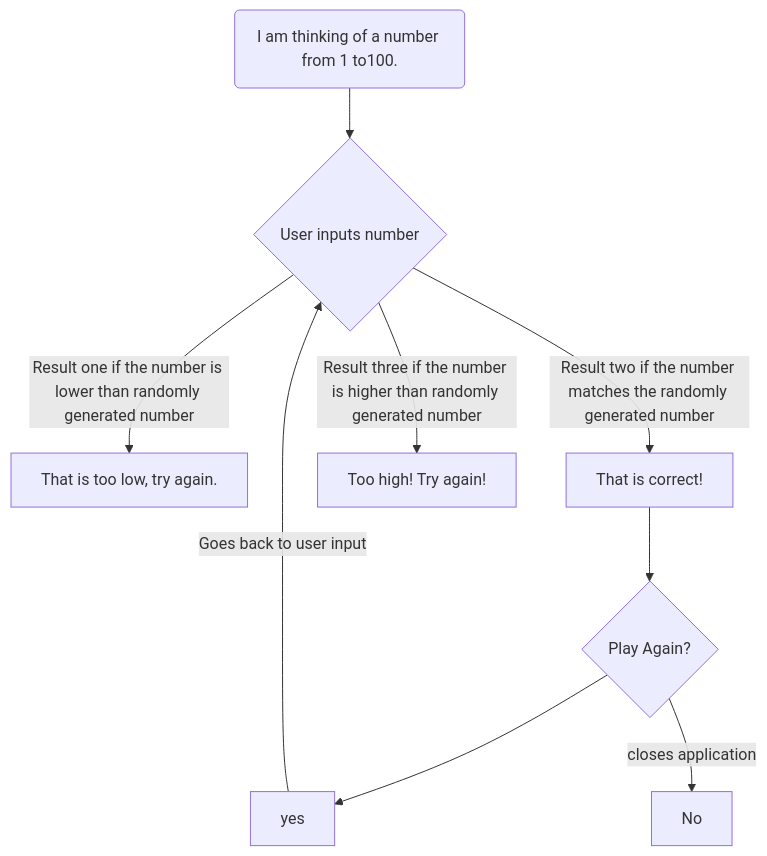
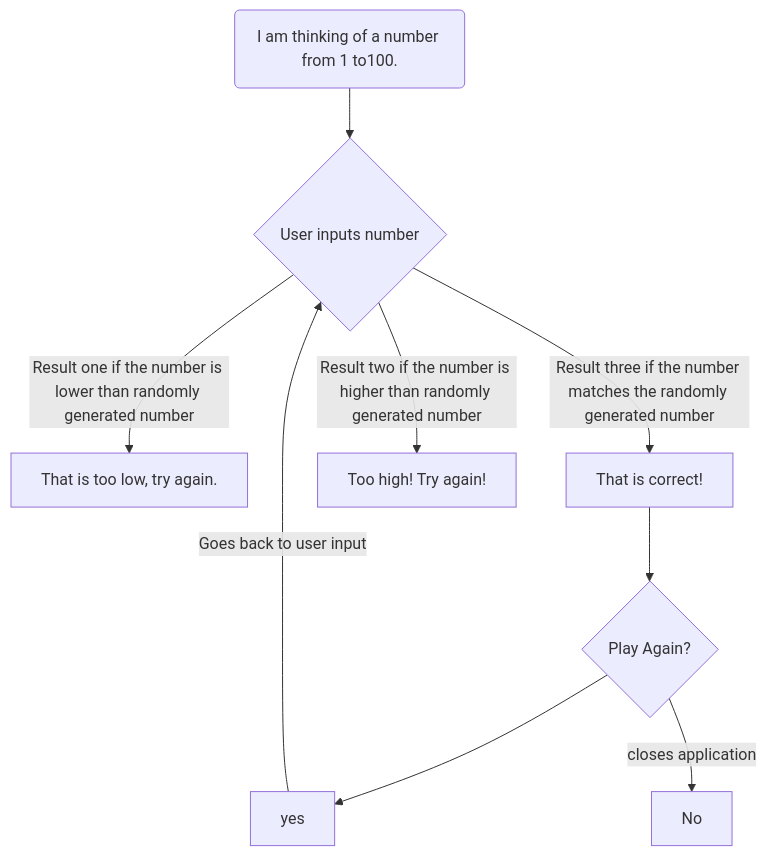
The diagram in Guessing.md (Troyboyce41/troyboyce41.github.io), drawn with Mermaid before and after one commit.

````diff
--- a/Guessing.md
+++ b/Guessing.md
@@ -1,11 +1,11 @@
 ```mermaid
 flowchart TD;
 A(I am thinking of a number from 1 to100.) --> B{User inputs number};
 B -->|Result one if the number is lower than randomly generated number| D[That is too low, try again.];
-B -->|Result two if the number matches the randomly generated number|F[That is correct!];
-B -->|Result three if the number is higher than randomly generated number| E[Too high! Try again!];
+B -->|Result three if the number matches the randomly generated number|F[That is correct!];
+B -->|Result two if the number is higher than randomly generated number| E[Too high! Try again!];
 F -->C{Play Again?};
 C --> G[yes];
 C -->|closes application| H[No];
 G --> |Goes back to user input| B;
 ```
````
